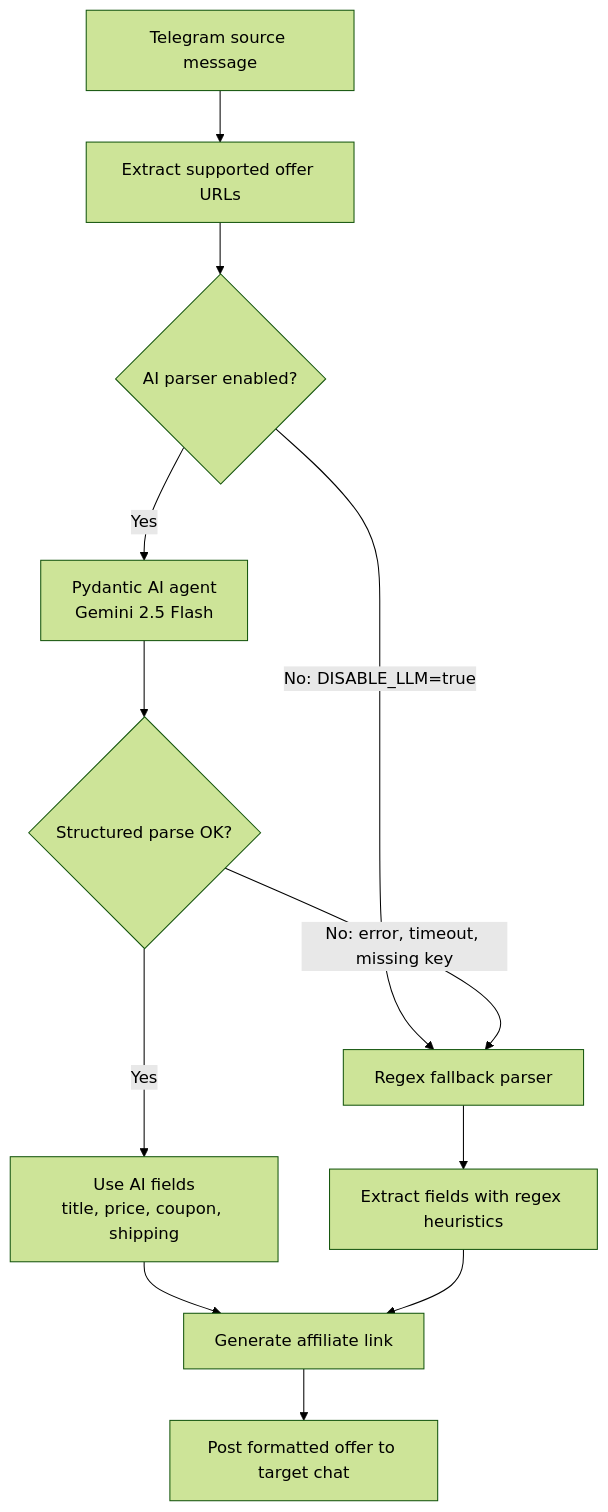
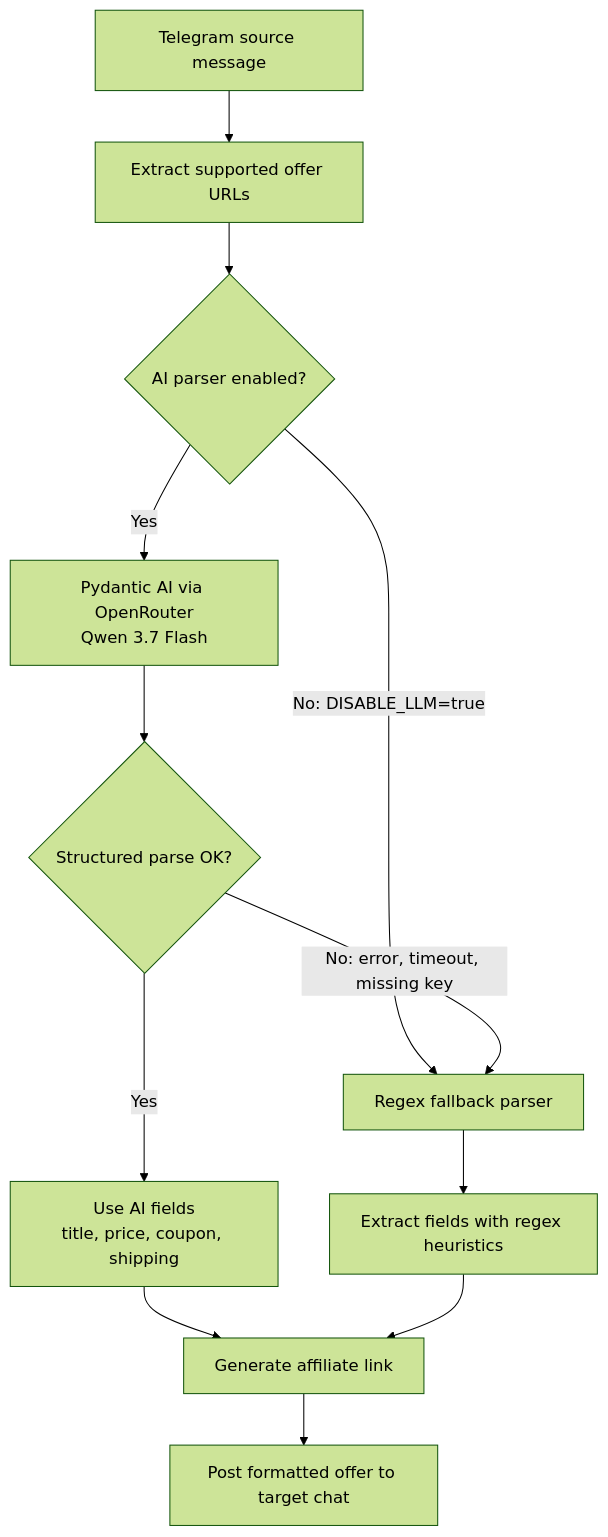
Before and after one commit to vs-machado/offers-bot-automation: the diagram in README.md, drawn with Mermaid (forest theme). The commit also changed other lines of this file and 4 other files, not shown here.

Commit message:
feat(llm): route parser through OpenRouter

````diff
--- a/README.md
+++ b/README.md
@@ -11,14 +11,14 @@
 ```mermaid
 flowchart TD
     A[Telegram source message] --> B[Extract supported offer URLs]
     B --> C{AI parser enabled?}
     C -->|No: DISABLE_LLM=true| F[Regex fallback parser]
-    C -->|Yes| D["Pydantic AI agent<br/>Gemini 2.5 Flash"]
+    C -->|Yes| D["Pydantic AI via OpenRouter<br/>Qwen 3.7 Flash"]
     D --> E{Structured parse OK?}
     E -->|Yes| G["Use AI fields<br/>title, price, coupon, shipping"]
     E -->|No: error, timeout, missing key| F
     F --> H[Extract fields with regex heuristics]
     G --> I[Generate affiliate link]
     H --> I
     I --> J[Post formatted offer to target chat]
 ```
````
